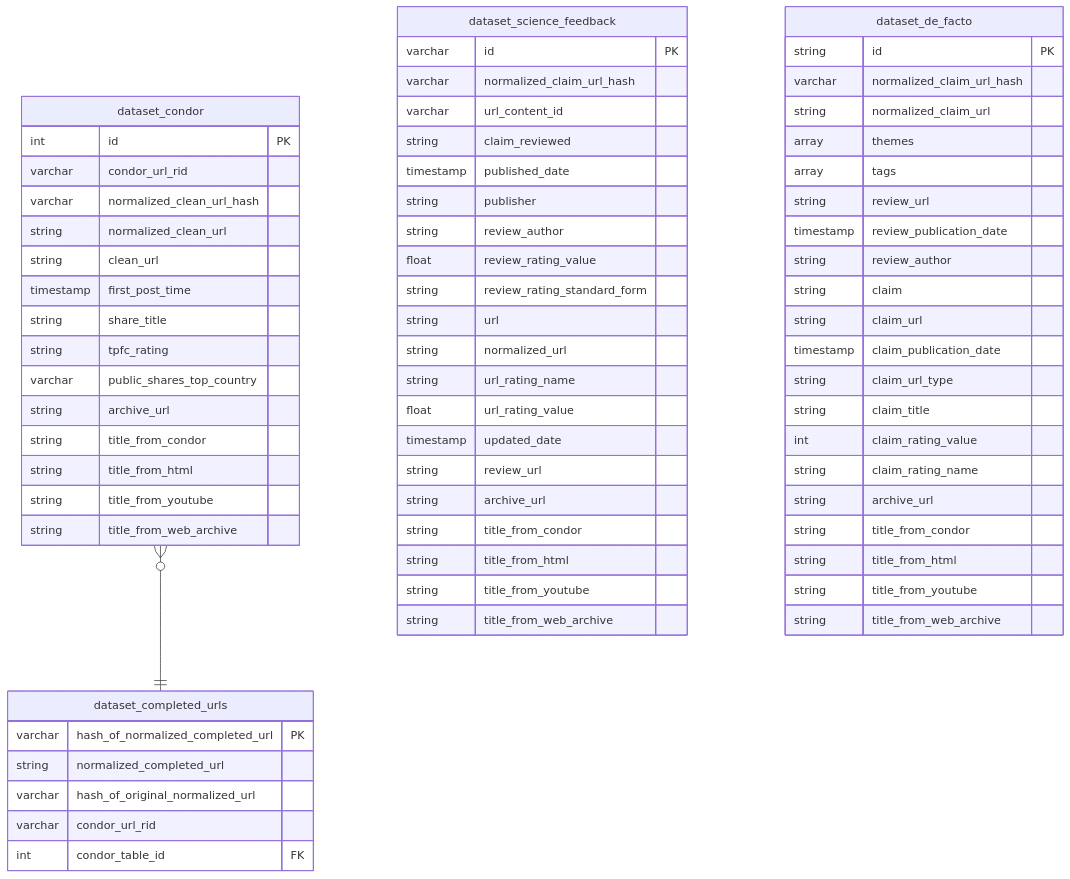
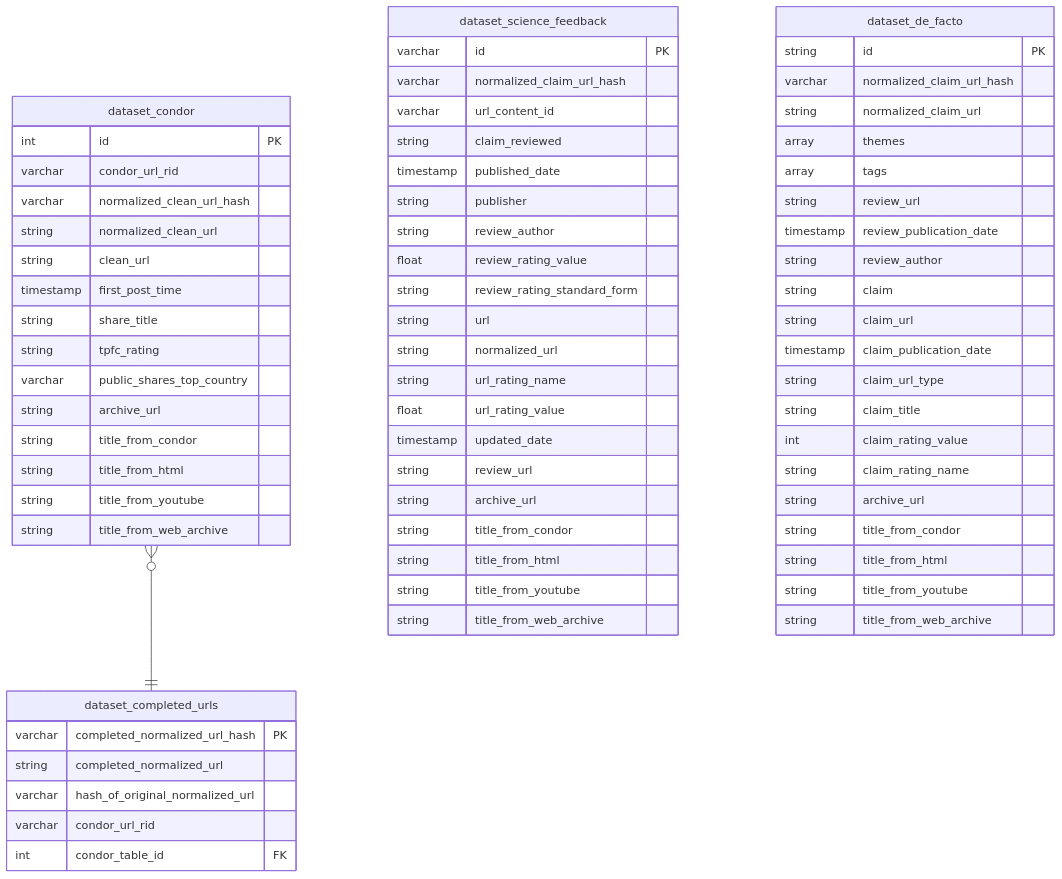
Before and after one commit to medialab/spsm-database: the diagram in src/build-database/README.md, drawn with Mermaid.

````diff
--- a/src/build-database/README.md
+++ b/src/build-database/README.md
@@ -77,78 +77,78 @@
 ```mermaid
 erDiagram
    dataset_condor {
       int id PK
       varchar condor_url_rid
       varchar normalized_clean_url_hash
       string normalized_clean_url
       string clean_url
       timestamp first_post_time
       string share_title
       string tpfc_rating
       varchar public_shares_top_country
       string archive_url
       string title_from_condor
       string title_from_html
       string title_from_youtube
       string title_from_web_archive
 
    }
    dataset_science_feedback {
       varchar id PK
       varchar normalized_claim_url_hash
       varchar url_content_id
       string claim_reviewed
       timestamp published_date
       string publisher
       string review_author
       float review_rating_value
       string review_rating_standard_form
       string url
       string normalized_url
       string url_rating_name
       float url_rating_value
       timestamp updated_date
       string review_url
       string archive_url
       string title_from_condor
       string title_from_html
       string title_from_youtube
       string title_from_web_archive
    }
 
    dataset_de_facto {
       string id PK
       varchar normalized_claim_url_hash
       string normalized_claim_url
       array themes
       array tags
       string review_url
       timestamp review_publication_date
       string review_author
       string claim
       string claim_url
       timestamp claim_publication_date
       string claim_url_type
       string claim_title
       int claim_rating_value
       string claim_rating_name
       string archive_url
       string title_from_condor
       string title_from_html
       string title_from_youtube
       string title_from_web_archive
 
    }
 
 
    dataset_condor }o--|| dataset_completed_urls : ""
 
    dataset_completed_urls {
-      varchar hash_of_normalized_completed_url PK
-      string normalized_completed_url
+      varchar completed_normalized_url_hash PK
+      string completed_normalized_url
       varchar hash_of_original_normalized_url
       varchar condor_url_rid
       int condor_table_id FK
    }
 
 ```
````
